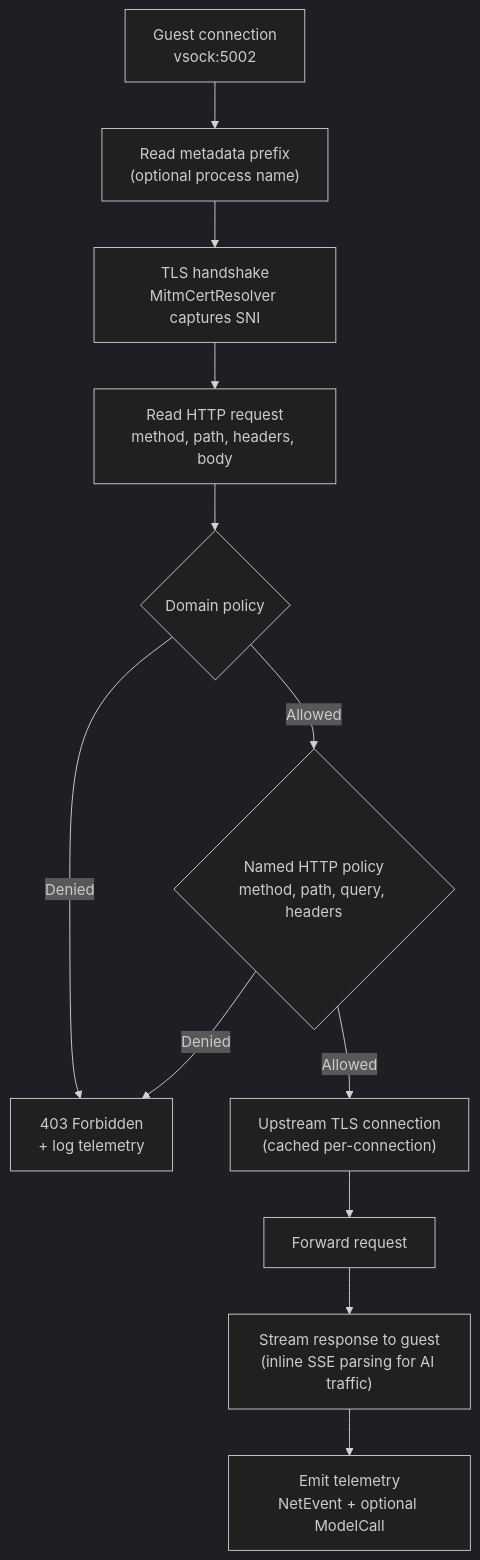
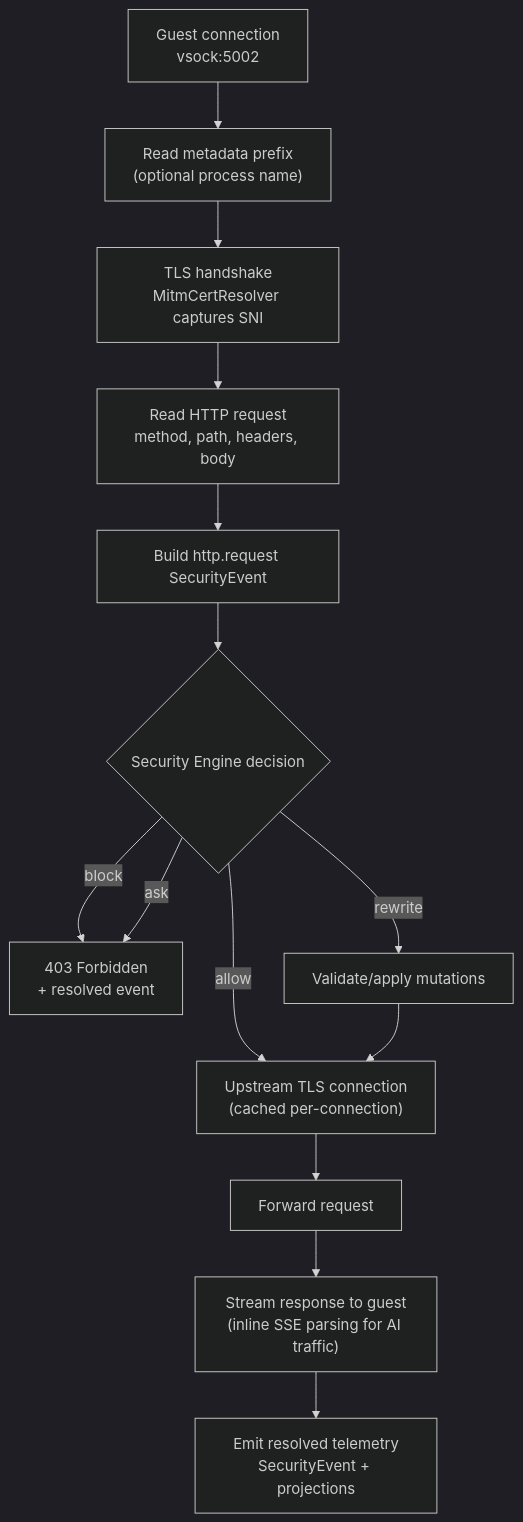
The first of 5 diagrams in docs/src/content/docs/architecture/mitm-proxy.md (google/capsem), drawn with Mermaid (dark theme) before and after one commit. The commit also changed other lines of this file and 11 other files, not shown here.

````diff
--- a/docs/src/content/docs/architecture/mitm-proxy.md
+++ b/docs/src/content/docs/architecture/mitm-proxy.md
@@ -14,14 +18,16 @@
 ```mermaid
 graph TD
     A["Guest connection<br/>vsock:5002"] --> B["Read metadata prefix<br/>(optional process name)"]
     B --> C["TLS handshake<br/>MitmCertResolver captures SNI"]
     C --> D["Read HTTP request<br/>method, path, headers, body"]
-    D --> E{"Domain policy"}
-    E -->|Denied| F["403 Forbidden<br/>+ log telemetry"]
-    E -->|Allowed| G{"Named HTTP policy<br/>method, path, query, headers"}
-    G -->|Denied| F
-    G -->|Allowed| H["Upstream TLS connection<br/>(cached per-connection)"]
+    D --> E["Build http.request SecurityEvent"]
+    E --> F{"Security Engine decision"}
+    F -->|block| X["403 Forbidden<br/>+ resolved event"]
+    F -->|ask| X
+    F -->|rewrite| R["Validate/apply mutations"]
+    F -->|allow| H["Upstream TLS connection<br/>(cached per-connection)"]
+    R --> H
     H --> I["Forward request"]
     I --> J["Stream response to guest<br/>(inline SSE parsing for AI traffic)"]
-    J --> K["Emit telemetry<br/>NetEvent + optional ModelCall"]
+    J --> K["Emit resolved telemetry<br/>SecurityEvent + projections"]
 ```
````
